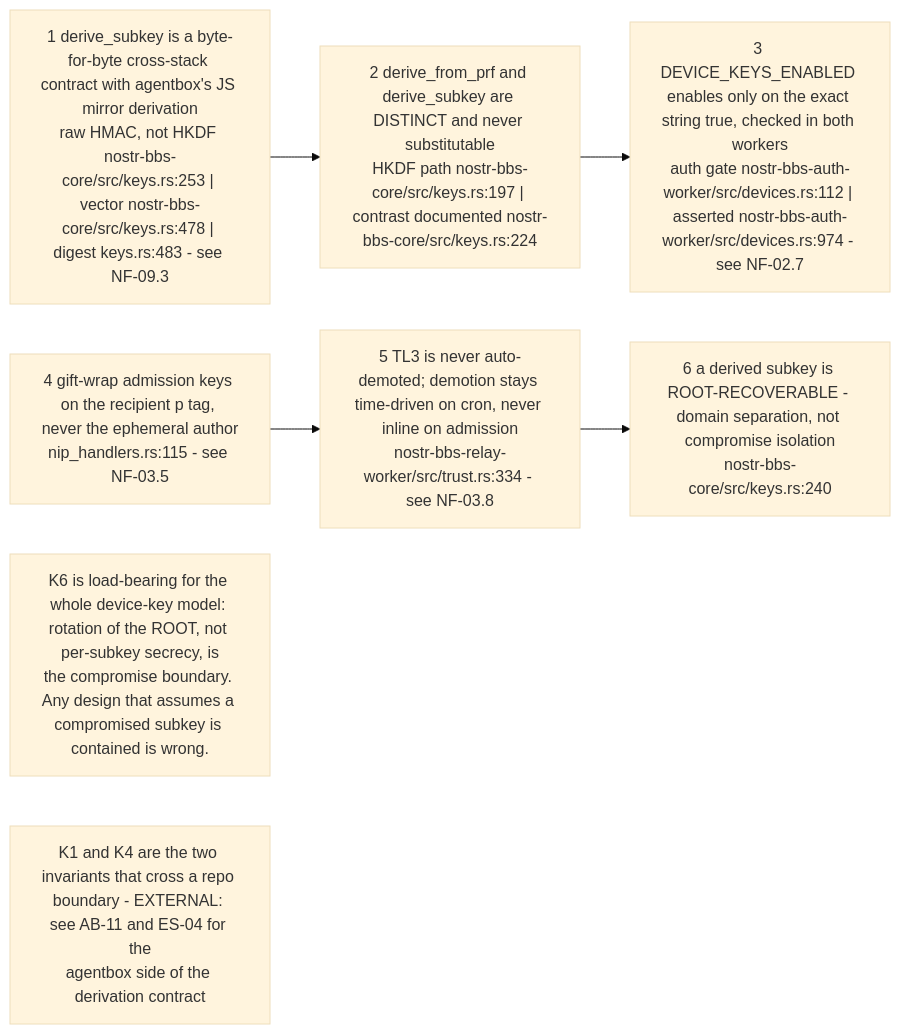
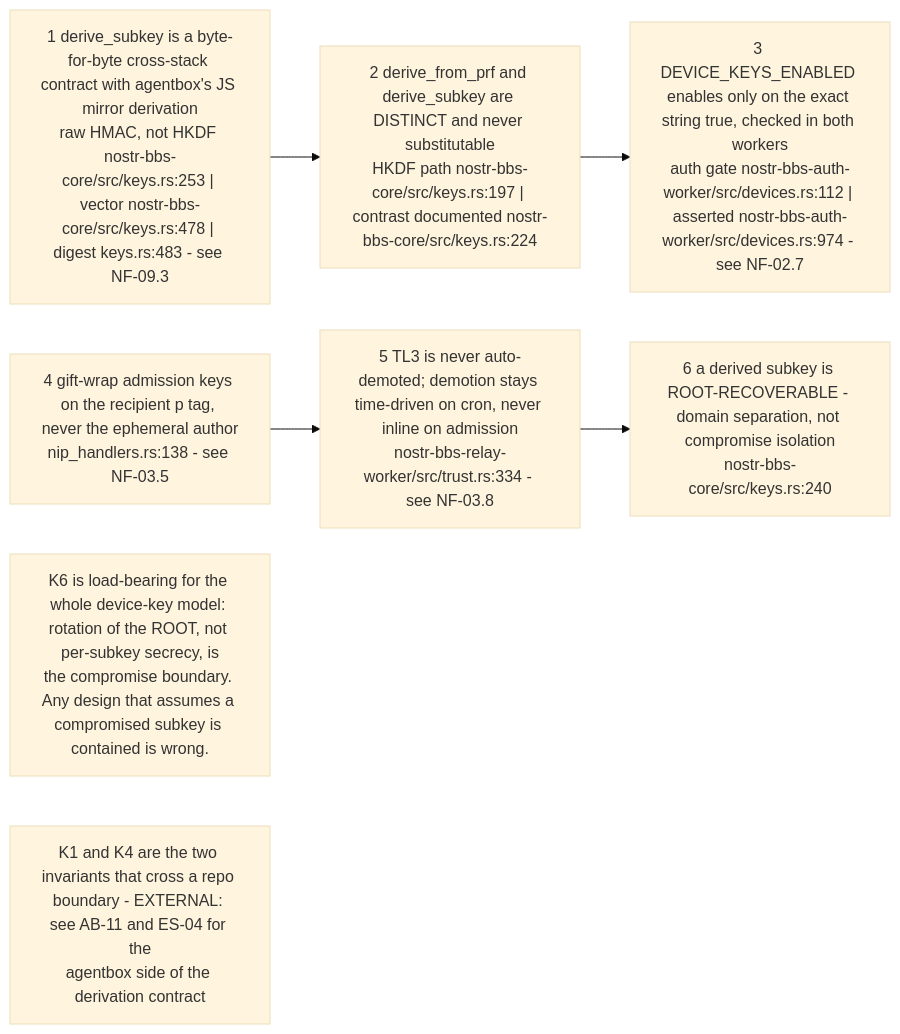
One commit to DreamLab-AI/VisionFlow changed the second of 10 diagrams in docs/diagrams/nostr-rust-forum/10-invariants-and-anomaly-register.md. Above: the diagram before and after it, drawn with Mermaid (base theme). The commit also changed other lines of this file and 160 other files, not shown here.

````diff
--- a/docs/diagrams/nostr-rust-forum/10-invariants-and-anomaly-register.md
+++ b/docs/diagrams/nostr-rust-forum/10-invariants-and-anomaly-register.md
@@ -77,15 +82,15 @@
 ```mermaid
 flowchart LR
     K1["1 derive_subkey is a byte-for-byte cross-stack contract with agentbox's JS mirror derivation<br/>raw HMAC, not HKDF nostr-bbs-core/src/keys.rs:253 | vector nostr-bbs-core/src/keys.rs:478 | digest keys.rs:483 - see NF-09.3"]
     K2["2 derive_from_prf and derive_subkey are DISTINCT and never substitutable<br/>HKDF path nostr-bbs-core/src/keys.rs:197 | contrast documented nostr-bbs-core/src/keys.rs:224"]
     K3["3 DEVICE_KEYS_ENABLED enables only on the exact string true, checked in both workers<br/>auth gate nostr-bbs-auth-worker/src/devices.rs:112 | asserted nostr-bbs-auth-worker/src/devices.rs:974 - see NF-02.7"]
-    K4["4 gift-wrap admission keys on the recipient p tag, never the ephemeral author<br/>nip_handlers.rs:115 - see NF-03.5"]
+    K4["4 gift-wrap admission keys on the recipient p tag, never the ephemeral author<br/>nip_handlers.rs:138 - see NF-03.5"]
     K5["5 TL3 is never auto-demoted; demotion stays time-driven on cron, never inline on admission<br/>nostr-bbs-relay-worker/src/trust.rs:334 - see NF-03.8"]
     K6["6 a derived subkey is ROOT-RECOVERABLE - domain separation, not compromise isolation<br/>nostr-bbs-core/src/keys.rs:240"]
 
     K1 --> K2 --> K3
     K4 --> K5 --> K6
 
     N1["K6 is load-bearing for the whole device-key model: rotation of the ROOT, not per-subkey secrecy, is<br/>the compromise boundary. Any design that assumes a compromised subkey is contained is wrong."]
     N2["K1 and K4 are the two invariants that cross a repo boundary - EXTERNAL: see AB-11 and ES-04 for the<br/>agentbox side of the derivation contract"]
 ```
````
